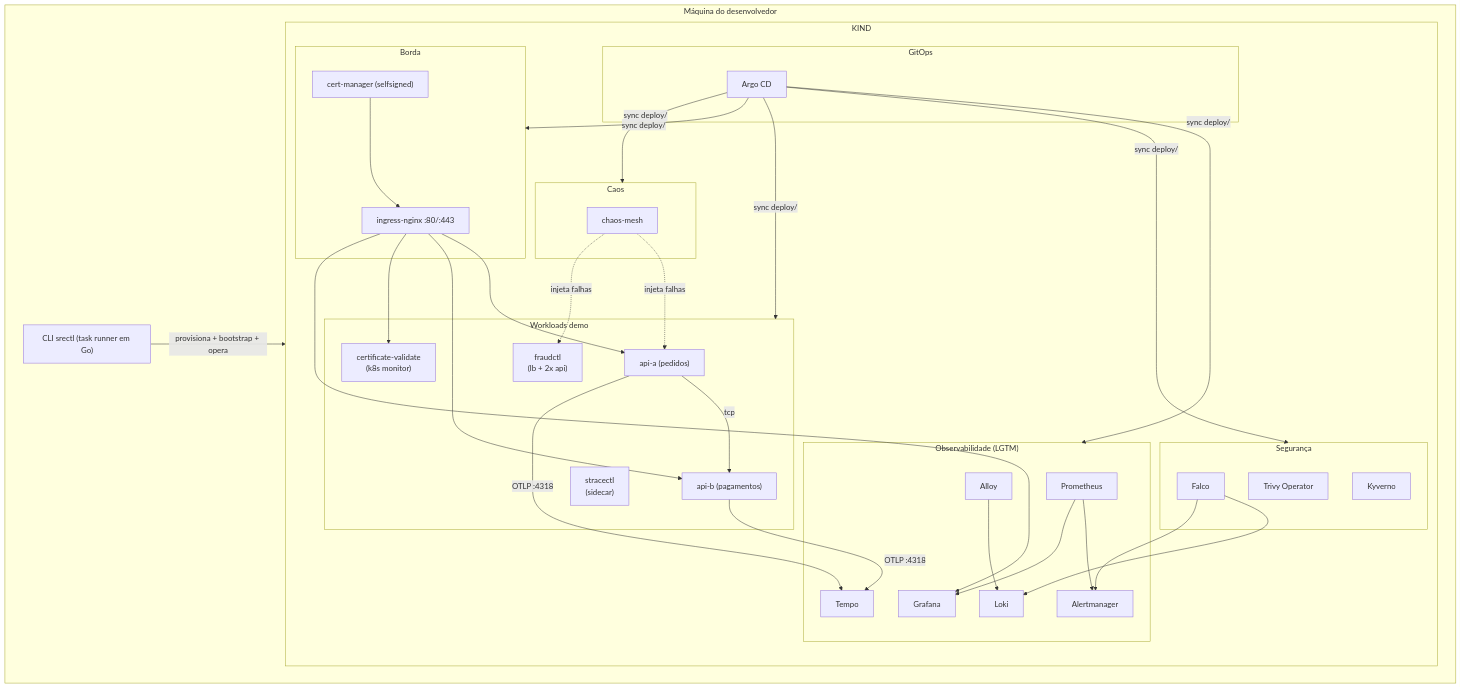
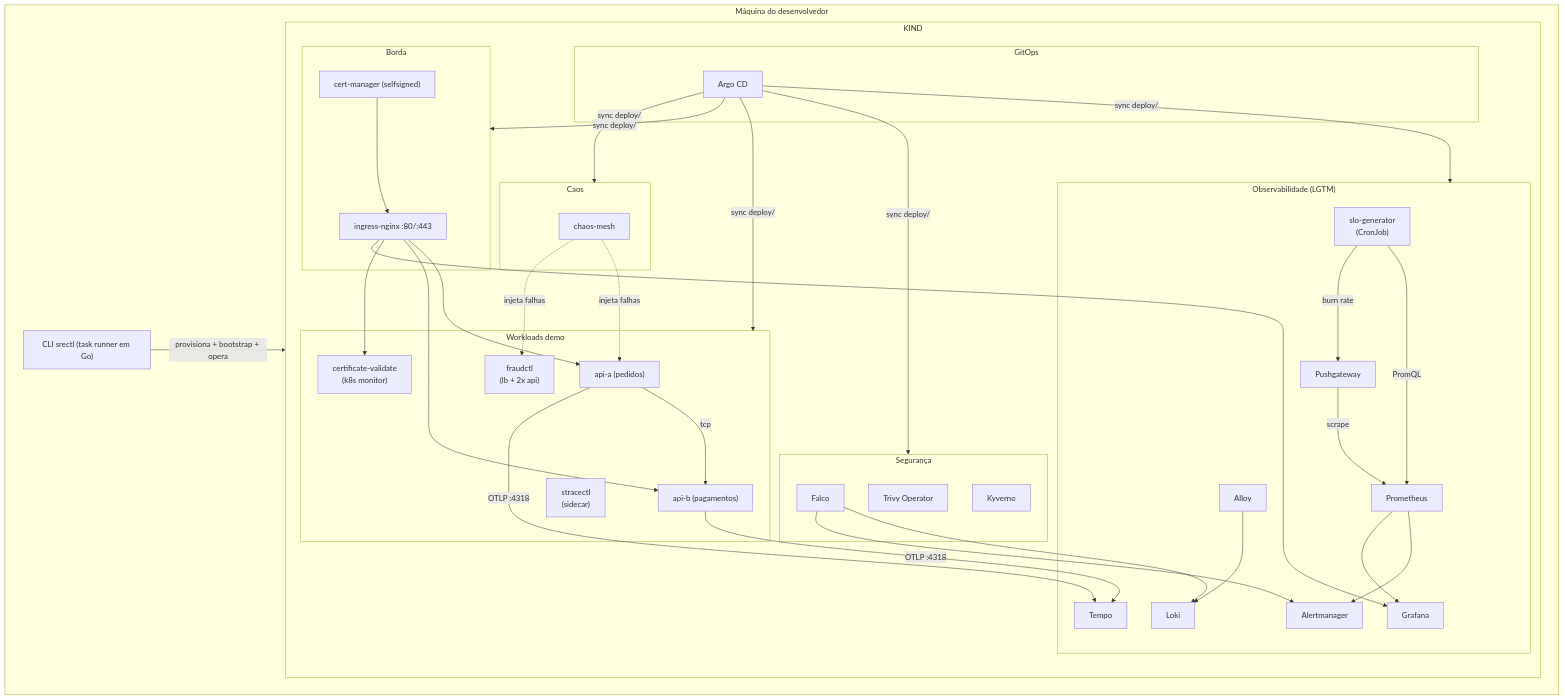
Before and after one commit to fabianoflorentino/srectl: the first of 5 diagrams in docs/pt-br/ARCHITECTURE.md, drawn with Mermaid. The commit also changed other lines of this file and 36 other files, not shown here.

Commit message:
feat(slo): add declarative SLOs with slo-generator

````diff
--- a/docs/pt-br/ARCHITECTURE.md
+++ b/docs/pt-br/ARCHITECTURE.md
@@ -7,59 +7,64 @@
 ```mermaid
 flowchart TB
     subgraph Host["Máquina do desenvolvedor"]
         CLI["CLI srectl (task runner em Go)"]
         KIND["cluster kind\n1 control-plane + 2 workers"]
         CLI -->|"provisiona + bootstrap + opera"| KIND
     end
 
     subgraph KIND
         direction TB
 
         subgraph GitOps["GitOps"]
             ARGO["Argo CD"]
         end
 
         subgraph IngressTLS["Borda"]
             NGINX["ingress-nginx :80/:443"]
             CERT["cert-manager (selfsigned)"]
         end
 
         subgraph Obs["Observabilidade (LGTM)"]
             PROM["Prometheus"]
             AM["Alertmanager"]
             GRAF["Grafana"]
             LOKI["Loki"]
             ALLOY["Alloy"]
             TEMPO["Tempo"]
+            SLO["slo-generator\n(CronJob)"]
+            PUSH["Pushgateway"]
         end
 
         subgraph Sec["Segurança"]
             TRIVY["Trivy Operator"]
             FALCO["Falco"]
             KYV["Kyverno"]
         end
 
         subgraph Apps["Workloads demo"]
             APIA["api-a (pedidos)"]
             APIB["api-b (pagamentos)"]
             FRAUD["fraudctl\n(lb + 2x api)"]
             CV["certificate-validate\n(k8s monitor)"]
             STRACE["stracectl\n(sidecar)"]
         end
 
         subgraph Chaos["Caos"]
             CM["chaos-mesh"]
         end
     end
 
     ARGO -->|"sync deploy/"| Obs & Sec & Apps & IngressTLS & Chaos
     NGINX --> APIA & APIB & CV & GRAF
     CERT --> NGINX
     APIA -->|"tcp"| APIB
     APIA -->|"OTLP :4318"| TEMPO
     APIB -->|"OTLP :4318"| TEMPO
     ALLOY --> LOKI
     FALCO --> LOKI & AM
     PROM --> AM & GRAF
+    SLO -->|"PromQL"| PROM
+    SLO -->|"burn rate"| PUSH
+    PUSH -->|"scrape"| PROM
     CM -.->|"injeta falhas"| APIA & FRAUD
 ```
````
